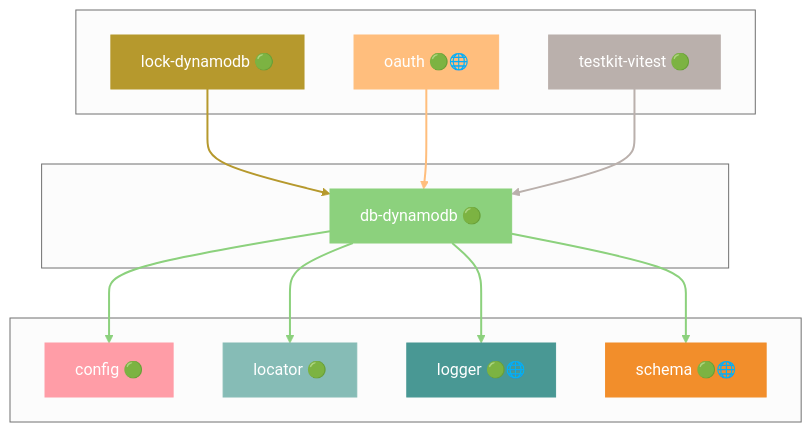
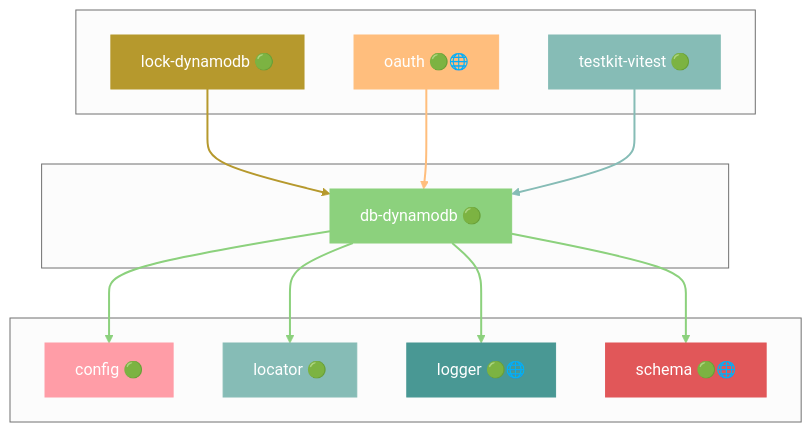
Before and after one commit to grest-ts/grest-ts: diagram 13 of 51 in docs/DEPENDENCIES.md, drawn with Mermaid (neutral theme). The commit also changed other lines of this file and 24 other files, not shown here.

````diff
--- a/docs/DEPENDENCIES.md
+++ b/docs/DEPENDENCIES.md
@@ -903,39 +905,39 @@
 ```mermaid
 flowchart TB
     subgraph Dependents[" "]
         lock-dynamodb["lock-dynamodb 🟢"]
         oauth["oauth 🟢🌐"]
         testkit-vitest["testkit-vitest 🟢"]
     end
     subgraph Package[" "]
         db-dynamodb["db-dynamodb 🟢"]
     end
     subgraph Dependencies[" "]
         config["config 🟢"]
         locator["locator 🟢"]
         logger["logger 🟢🌐"]
         schema["schema 🟢🌐"]
     end
     lock-dynamodb --> db-dynamodb
     oauth --> db-dynamodb
     testkit-vitest --> db-dynamodb
     db-dynamodb --> config
     db-dynamodb --> locator
     db-dynamodb --> logger
     db-dynamodb --> schema
     style db-dynamodb fill:#8CD17D,stroke:#8CD17D,color:#fff
     style lock-dynamodb fill:#B6992D,stroke:#B6992D,color:#fff
     style oauth fill:#FFBE7D,stroke:#FFBE7D,color:#fff
-    style testkit-vitest fill:#BAB0AC,stroke:#BAB0AC,color:#fff
+    style testkit-vitest fill:#86BCB6,stroke:#86BCB6,color:#fff
     style config fill:#FF9DA7,stroke:#FF9DA7,color:#fff
     style locator fill:#86BCB6,stroke:#86BCB6,color:#fff
     style logger fill:#499894,stroke:#499894,color:#fff
-    style schema fill:#F28E2B,stroke:#F28E2B,color:#fff
+    style schema fill:#E15759,stroke:#E15759,color:#fff
     linkStyle 0 stroke:#B6992D,stroke-width:2px
     linkStyle 1 stroke:#FFBE7D,stroke-width:2px
-    linkStyle 2 stroke:#BAB0AC,stroke-width:2px
+    linkStyle 2 stroke:#86BCB6,stroke-width:2px
     linkStyle 3 stroke:#8CD17D,stroke-width:2px
     linkStyle 4 stroke:#8CD17D,stroke-width:2px
     linkStyle 5 stroke:#8CD17D,stroke-width:2px
     linkStyle 6 stroke:#8CD17D,stroke-width:2px
 ```
````
